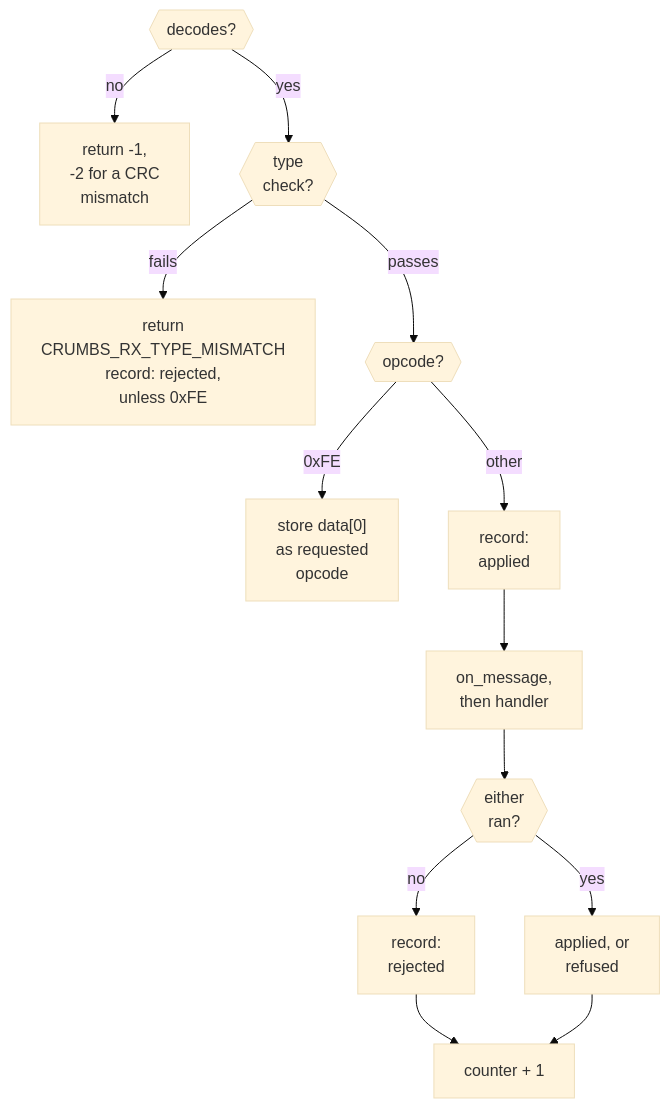
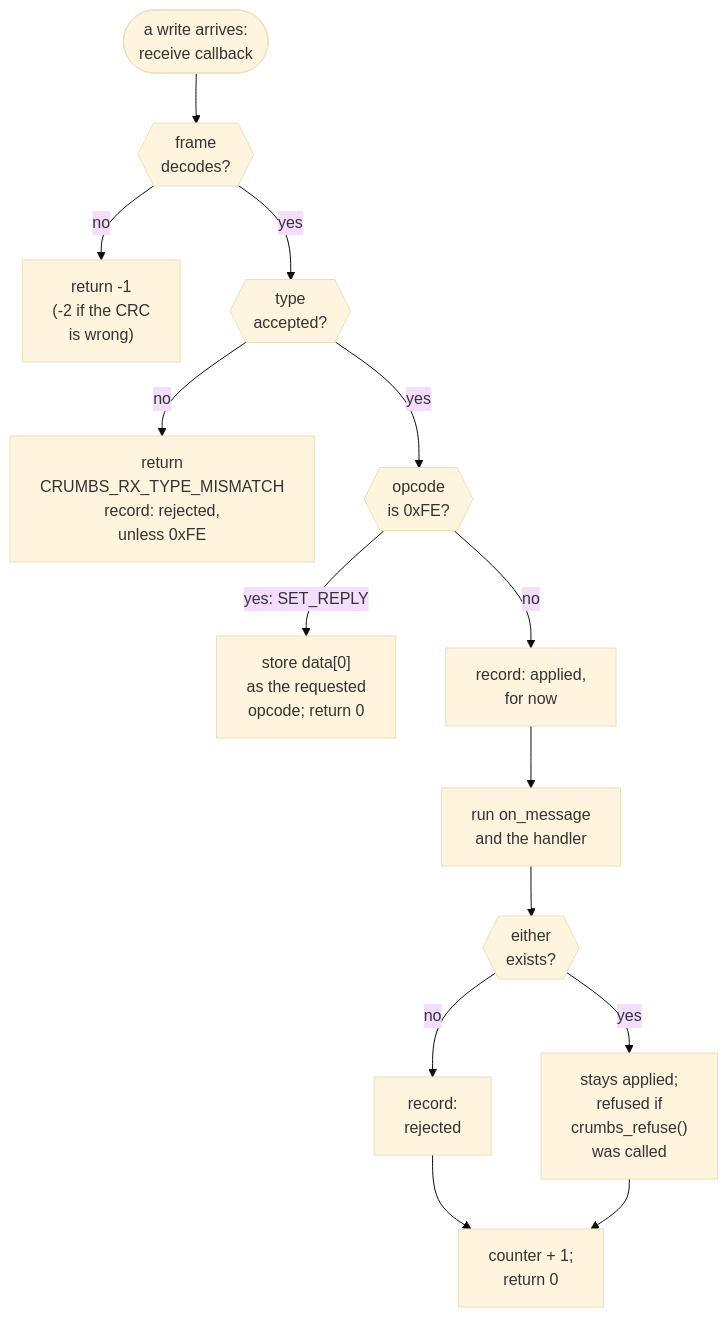
The first of 5 diagrams in docs/architecture.md (feastorg/CRUMBS), drawn with Mermaid (base theme) before and after one commit. The commit also changed other lines of this file and 5 other files, not shown here.

First line of the commit message:
docs: make the figures and diagrams readable without the code (#136)

````diff
--- a/docs/architecture.md
+++ b/docs/architecture.md
@@ -73,15 +73,16 @@
 ```mermaid
 flowchart TD
-    B{{"decodes?"}} -- no --> X1["return -1,<br/>-2 for a CRC<br/>mismatch"]
-    B -- yes --> C{{"type<br/>check?"}}
-    C -- fails --> X3["return<br/>CRUMBS_RX_TYPE_MISMATCH<br/>record: rejected,<br/>unless 0xFE"]
-    C -- passes --> D{{"opcode?"}}
-    D -- "0xFE" --> X4["store data[0]<br/>as requested<br/>opcode"]
-    D -- other --> E["record:<br/>applied"]
-    E --> F["on_message,<br/>then handler"]
-    F --> H{{"either<br/>ran?"}}
+    S(["a write arrives:<br/>receive callback"]) --> B{{"frame<br/>decodes?"}}
+    B -- no --> X1["return -1<br/>(-2 if the CRC<br/>is wrong)"]
+    B -- yes --> C{{"type<br/>accepted?"}}
+    C -- no --> X3["return<br/>CRUMBS_RX_TYPE_MISMATCH<br/>record: rejected,<br/>unless 0xFE"]
+    C -- yes --> D{{"opcode<br/>is 0xFE?"}}
+    D -- "yes: SET_REPLY" --> X4["store data[0]<br/>as the requested<br/>opcode; return 0"]
+    D -- no --> E["record: applied,<br/>for now"]
+    E --> F["run on_message<br/>and the handler"]
+    F --> H{{"either<br/>exists?"}}
     H -- no --> I["record:<br/>rejected"]
-    H -- yes --> J["applied, or<br/>refused"]
-    I --> K["counter + 1"]
+    H -- yes --> J["stays applied;<br/>refused if<br/>crumbs_refuse()<br/>was called"]
+    I --> K["counter + 1;<br/>return 0"]
     J --> K
 ```
````
